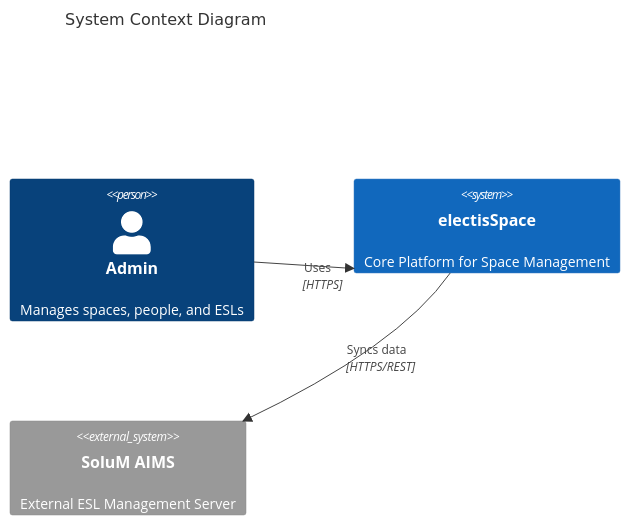
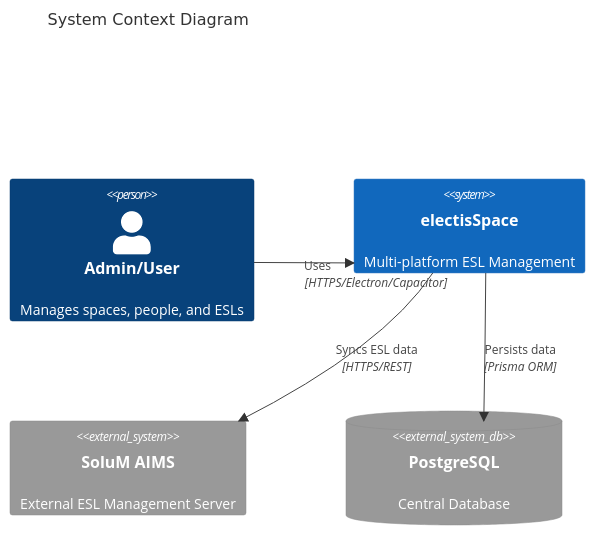
Before and after one commit to AvivElectis/electisSpace: the first of 2 diagrams in docs/ARCHITECTURE.md, drawn with Mermaid. The commit also changed other lines of this file and 1 other file, not shown here.

Commit message:
feat: Fully update ARCHITECTURE.md and improve dashboard UI button

````diff
--- a/docs/ARCHITECTURE.md
+++ b/docs/ARCHITECTURE.md
@@ -7,11 +7,13 @@
 ```mermaid
 C4Context
     title System Context Diagram
     
-    Person(admin, "Admin", "Manages spaces, people, and ESLs")
-    System(electisSpace, "electisSpace", "Core Platform for Space Management")
+    Person(admin, "Admin/User", "Manages spaces, people, and ESLs")
+    System(electisSpace, "electisSpace", "Multi-platform ESL Management")
     System_Ext(solumAims, "SoluM AIMS", "External ESL Management Server")
+    SystemDb_Ext(postgres, "PostgreSQL", "Central Database")
     
-    Rel(admin, electisSpace, "Uses", "HTTPS")
-    Rel(electisSpace, solumAims, "Syncs data", "HTTPS/REST")
+    Rel(admin, electisSpace, "Uses", "HTTPS/Electron/Capacitor")
+    Rel(electisSpace, solumAims, "Syncs ESL data", "HTTPS/REST")
+    Rel(electisSpace, postgres, "Persists data", "Prisma ORM")
 ```
````
